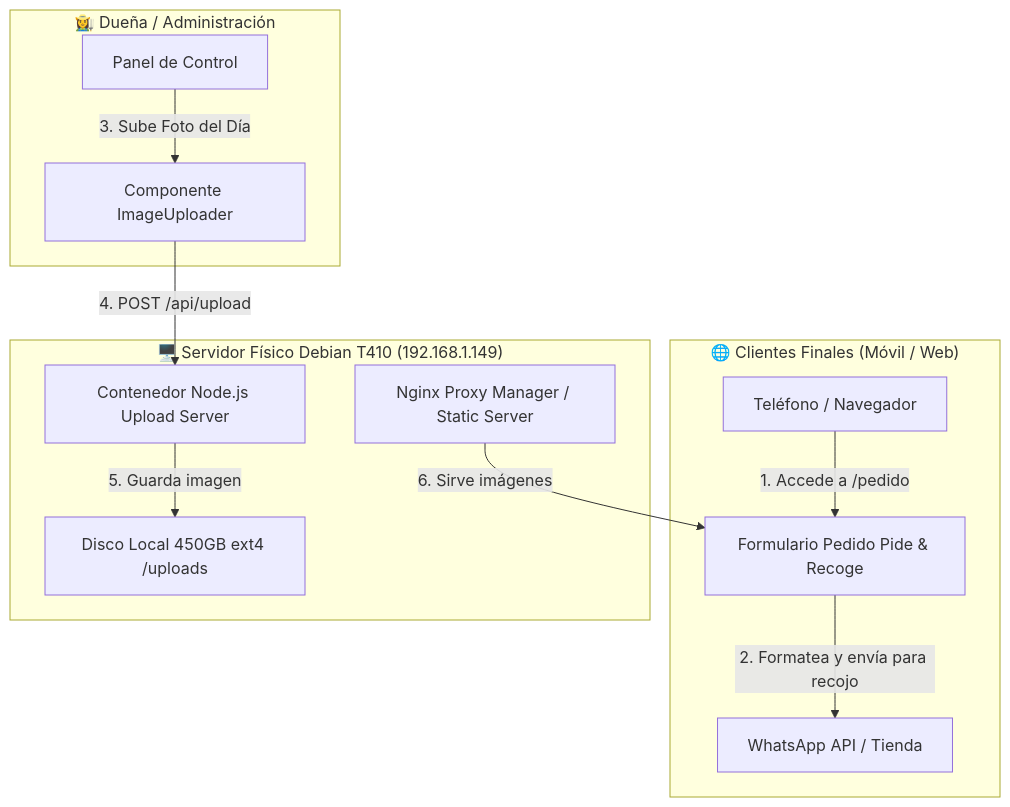
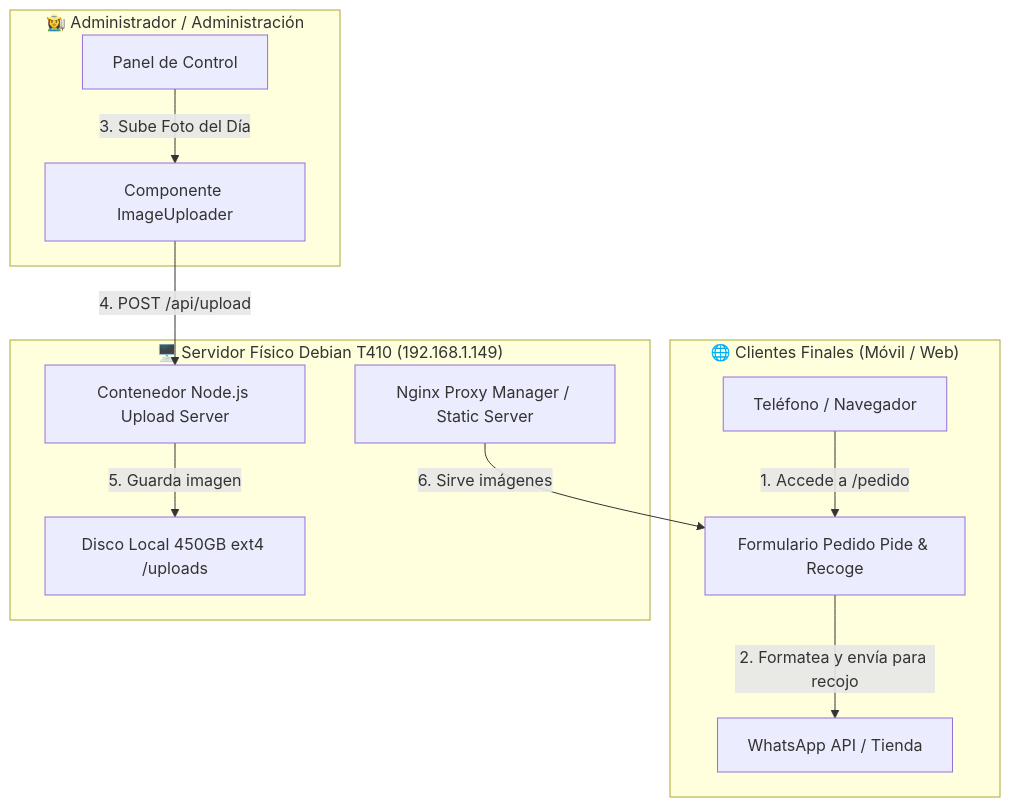
One commit to mike2530s/administradordecompra changed the diagram in README.md. Above: the diagram before and after it, drawn with Mermaid. The commit also changed other lines of this file and 14 other files, not shown here.

````diff
--- a/README.md
+++ b/README.md
@@ -18,17 +18,17 @@
 ```mermaid
 graph TD
     subgraph Cliente ["🌐 Clientes Finales (Móvil / Web)"]
         UserDevice[Teléfono / Navegador] -->|1. Accede a /pedido| OrderView[Formulario Pedido Pide & Recoge]
         OrderView -->|2. Formatea y envía para recojo| WhatsApp[WhatsApp API / Tienda]
     end
 
-    subgraph Admin ["👩‍🌾 Dueña / Administración"]
+    subgraph Admin ["👩‍🌾 Administrador / Administración"]
         AdminDevice[Panel de Control] -->|3. Sube Foto del Día| ImageUploader[Componente ImageUploader]
     end
 
     subgraph OnPremiseServer ["🖥️ Servidor Físico Debian T410 (192.168.1.149)"]
         ImageUploader -->|4. POST /api/upload| DockerContainer[Contenedor Node.js Upload Server]
         DockerContainer -->|5. Guarda imagen| LocalDisk[Disco Local 450GB ext4 /uploads]
         NginxPM[Nginx Proxy Manager / Static Server] -->|6. Sirve imágenes| OrderView
     end
 ```
````
